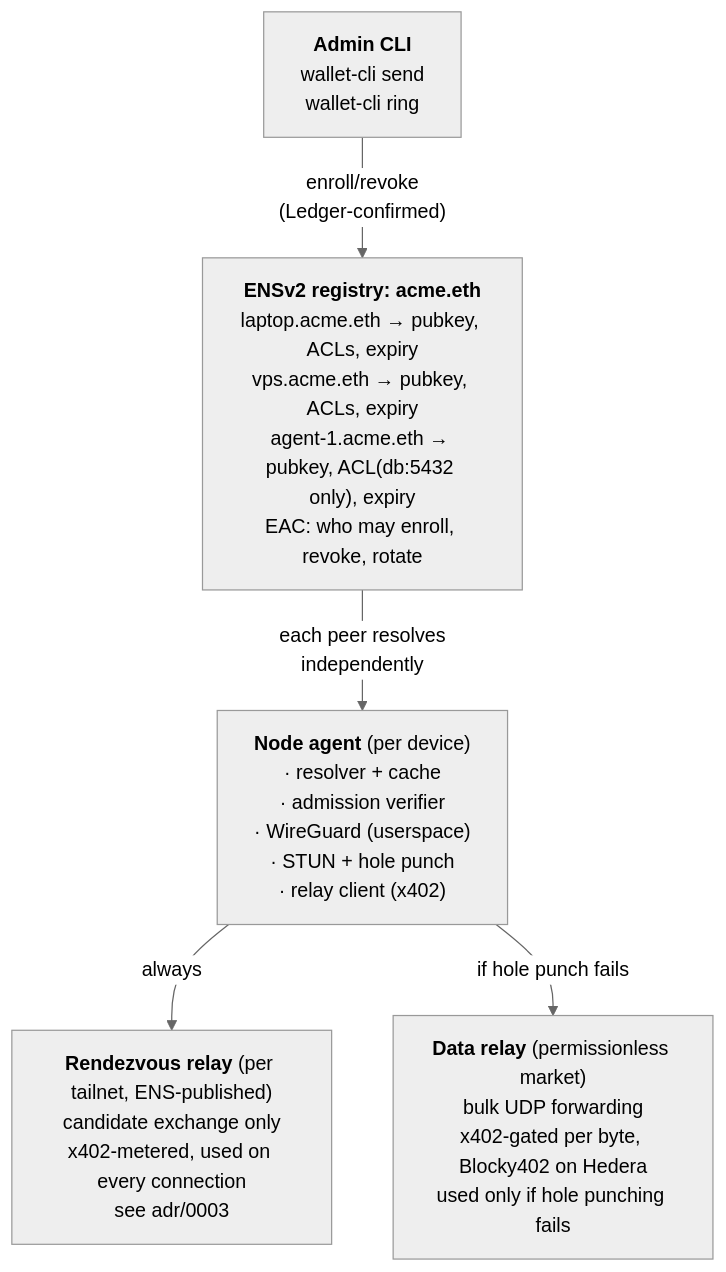
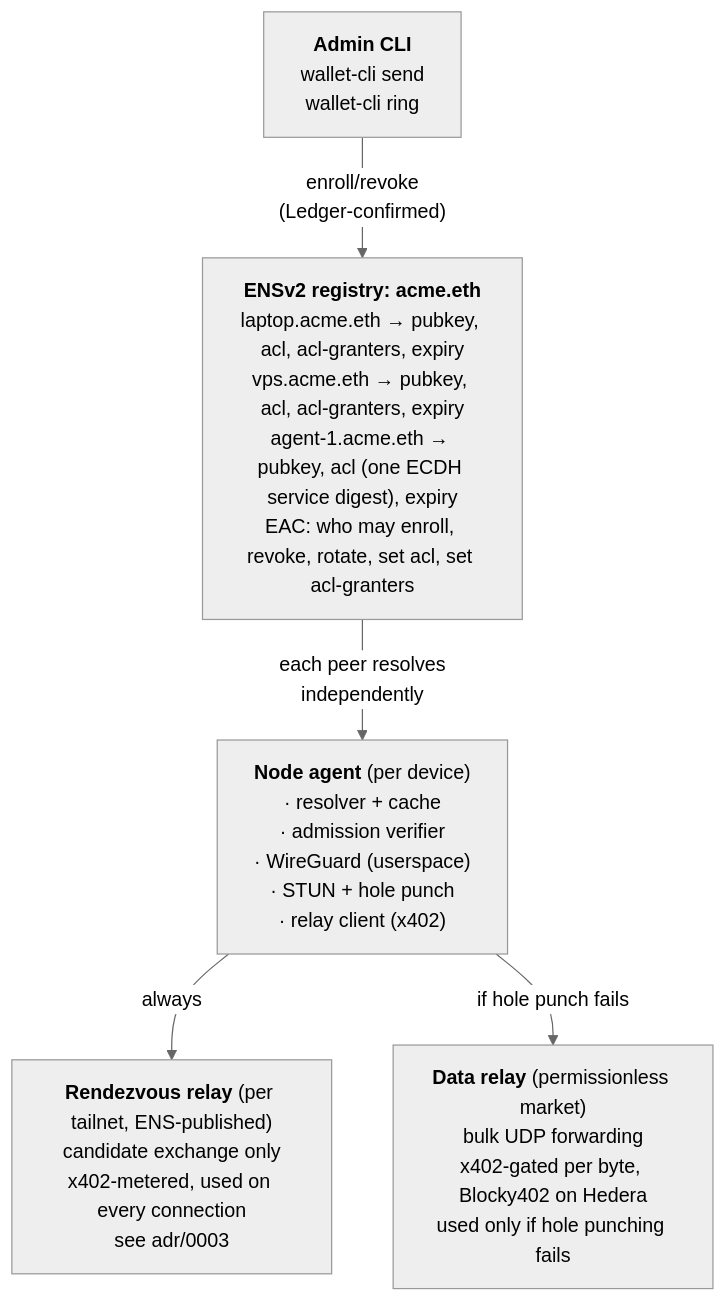
Before and after one commit to WhyAsh5114/bramble: the second of 2 diagrams in docs/03_ARCHITECTURE.md, drawn with Mermaid (neutral theme). The commit also changed other lines of this file and 6 other files, not shown here.

Commit message:
docs: update architecture, tech stack, build plan, and source notes with recent findings and clarifications around ledger

````diff
--- a/docs/03_ARCHITECTURE.md
+++ b/docs/03_ARCHITECTURE.md
@@ -29,13 +29,13 @@
 ```mermaid
 flowchart TD
-    registry["<b>ENSv2 registry: acme.eth</b><br/>laptop.acme.eth → pubkey, ACLs, expiry<br/>vps.acme.eth → pubkey, ACLs, expiry<br/>agent-1.acme.eth → pubkey, ACL(db:5432 only), expiry<br/>EAC: who may enroll, revoke, rotate"]
+    registry["<b>ENSv2 registry: acme.eth</b><br/>laptop.acme.eth → pubkey, acl, acl-granters, expiry<br/>vps.acme.eth → pubkey, acl, acl-granters, expiry<br/>agent-1.acme.eth → pubkey, acl (one ECDH service digest), expiry<br/>EAC: who may enroll, revoke, rotate, set acl, set acl-granters"]
     admincli["<b>Admin CLI</b><br/>wallet-cli send<br/>wallet-cli ring"]
     nodeagent["<b>Node agent</b> (per device)<br/>· resolver + cache<br/>· admission verifier<br/>· WireGuard (userspace)<br/>· STUN + hole punch<br/>· relay client (x402)"]
     rendezvous["<b>Rendezvous relay</b> (per tailnet, ENS-published)<br/>candidate exchange only<br/>x402-metered, used on every connection<br/>see adr/0003"]
     datarelay["<b>Data relay</b> (permissionless market)<br/>bulk UDP forwarding<br/>x402-gated per byte, Blocky402 on Hedera<br/>used only if hole punching fails"]
 
     admincli -- "enroll/revoke<br/>(Ledger-confirmed)" --> registry
     registry -- "each peer resolves<br/>independently" --> nodeagent
     nodeagent -- "always" --> rendezvous
     nodeagent -- "if hole punch fails" --> datarelay
 ```
````
